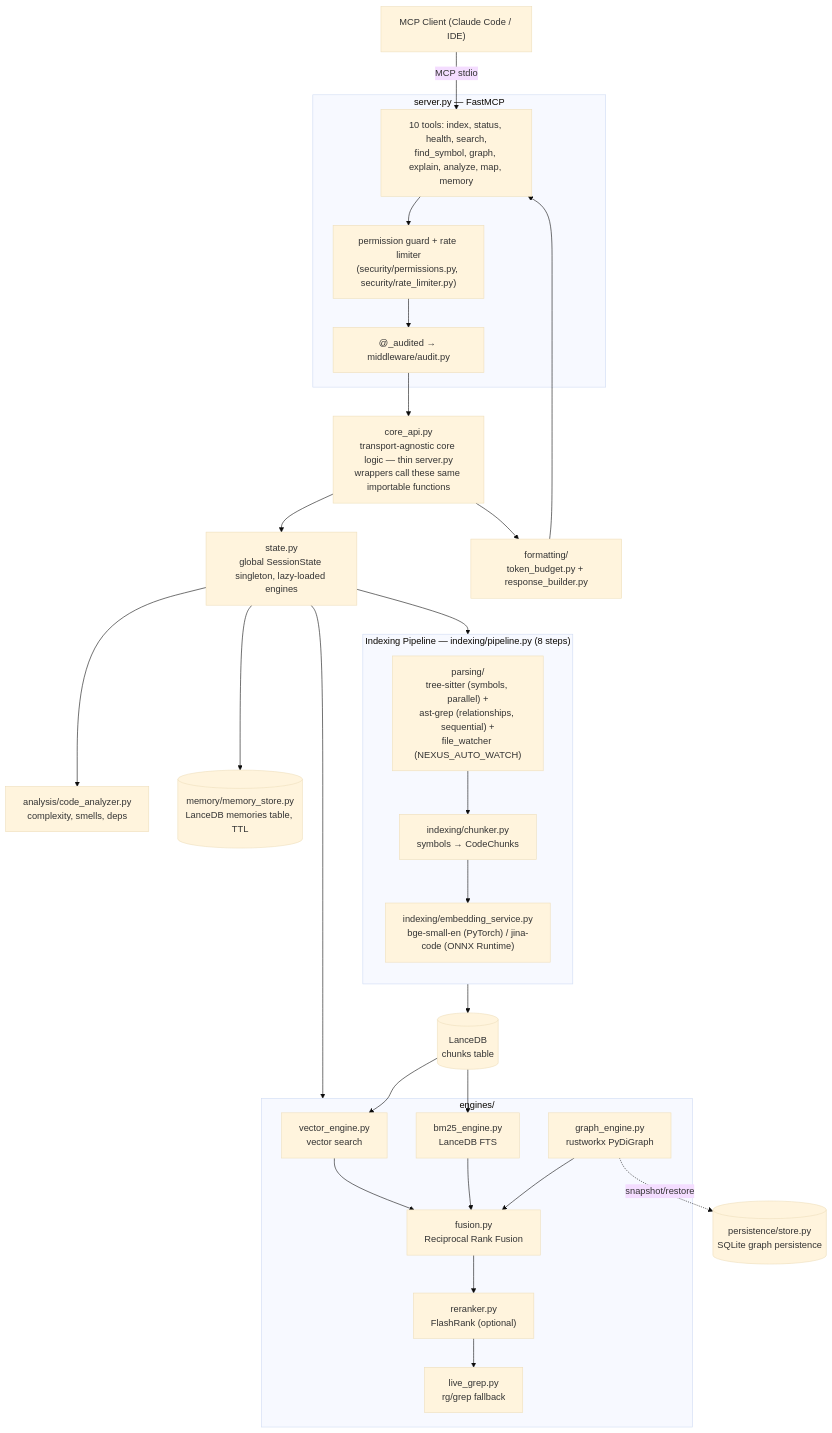
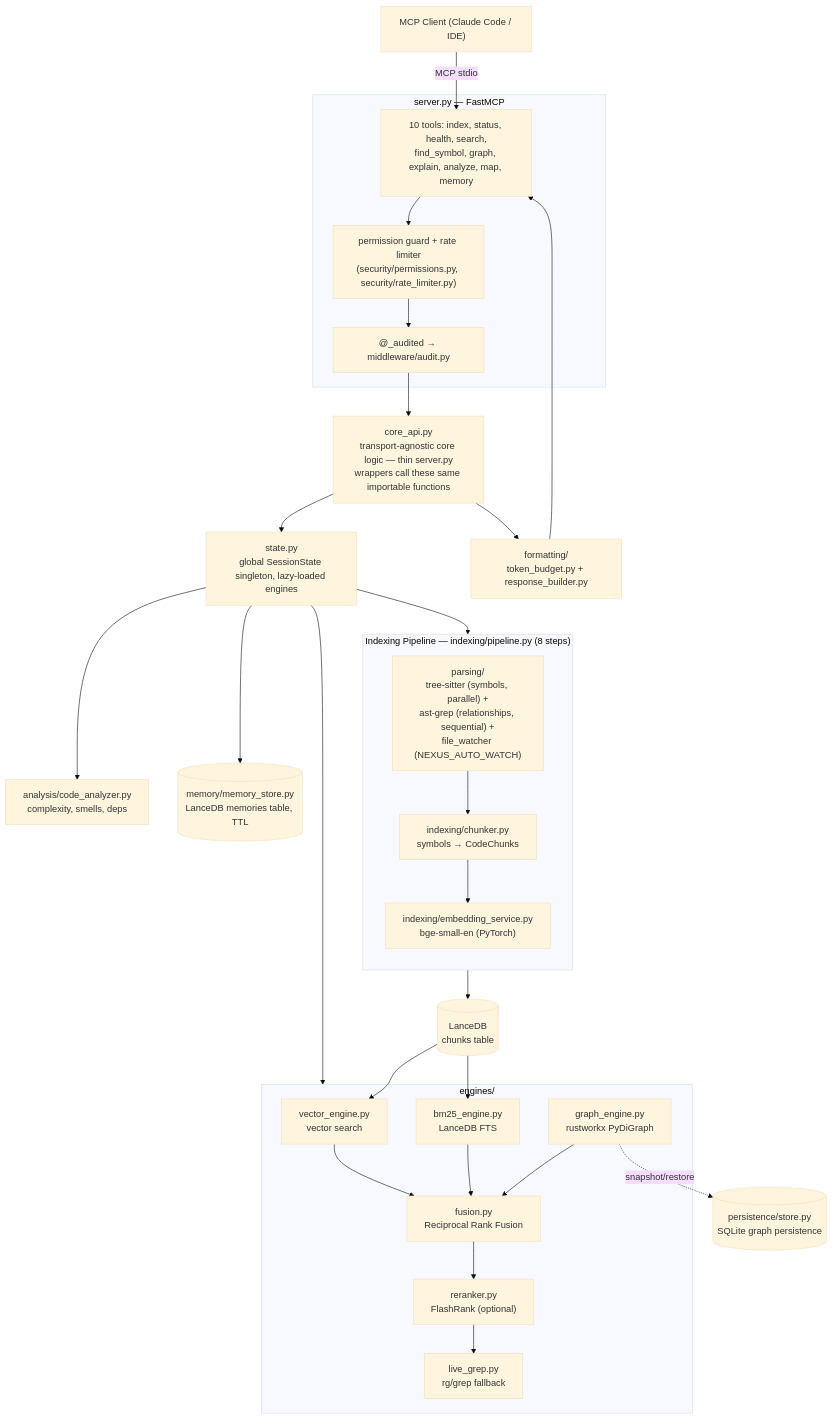
Before and after one commit to jaggernaut007/nexus-mcp: the diagram in docs/ARCHITECTURE.md, drawn with Mermaid (base theme). The commit also changed other lines of this file and 30 other files, not shown here.

First line of the commit message:
feat: embedding-model dimension for the benchmarks; deprecate jina-code

````diff
--- a/docs/ARCHITECTURE.md
+++ b/docs/ARCHITECTURE.md
@@ -13,57 +13,57 @@
 ```mermaid
 flowchart TB
     Client["MCP Client (Claude Code / IDE)"]
 
     subgraph Server["server.py — FastMCP"]
         Tools["10 tools: index, status, health, search,\nfind_symbol, graph, explain, analyze, map, memory"]
         Guard["permission guard + rate limiter\n(security/permissions.py, security/rate_limiter.py)"]
         Audit["@_audited → middleware/audit.py"]
     end
 
     Core["core_api.py\ntransport-agnostic core logic — thin server.py\nwrappers call these same importable functions"]
 
     State["state.py\nglobal SessionState singleton, lazy-loaded engines"]
 
     subgraph Indexing["Indexing Pipeline — indexing/pipeline.py (8 steps)"]
         direction TB
         Parse["parsing/\ntree-sitter (symbols, parallel) +\nast-grep (relationships, sequential) +\nfile_watcher (NEXUS_AUTO_WATCH)"]
         Chunk["indexing/chunker.py\nsymbols → CodeChunks"]
-        Embed["indexing/embedding_service.py\nbge-small-en (PyTorch) / jina-code (ONNX Runtime)"]
+        Embed["indexing/embedding_service.py\nbge-small-en (PyTorch)"]
         Parse --> Chunk --> Embed
     end
 
     LanceDB[("LanceDB\nchunks table")]
 
     subgraph Engines["engines/"]
         Vector["vector_engine.py\nvector search"]
         BM25["bm25_engine.py\nLanceDB FTS"]
         Graph["graph_engine.py\nrustworkx PyDiGraph"]
         LiveGrep["live_grep.py\nrg/grep fallback"]
         Fusion["fusion.py\nReciprocal Rank Fusion"]
         Rerank["reranker.py\nFlashRank (optional)"]
     end
 
     Analysis["analysis/code_analyzer.py\ncomplexity, smells, deps"]
     Memory[("memory/memory_store.py\nLanceDB memories table, TTL")]
     Persistence[("persistence/store.py\nSQLite graph persistence")]
     Formatting["formatting/\ntoken_budget.py + response_builder.py"]
 
     Client -->|MCP stdio| Tools
     Tools --> Guard --> Audit --> Core
     Core --> State
     State --> Indexing
     State --> Engines
     State --> Analysis
     State --> Memory
     Embed --> LanceDB
     LanceDB --> Vector
     LanceDB --> BM25
     Vector --> Fusion
     BM25 --> Fusion
     Graph --> Fusion
     Fusion --> Rerank
     Rerank --> LiveGrep
     Graph -.snapshot/restore.-> Persistence
     Core --> Formatting
     Formatting --> Tools
 ```
````
